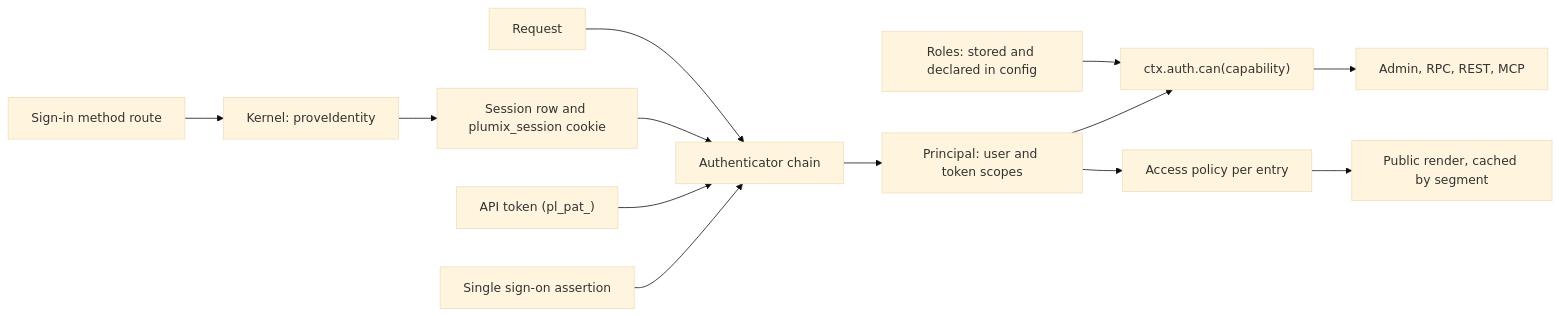
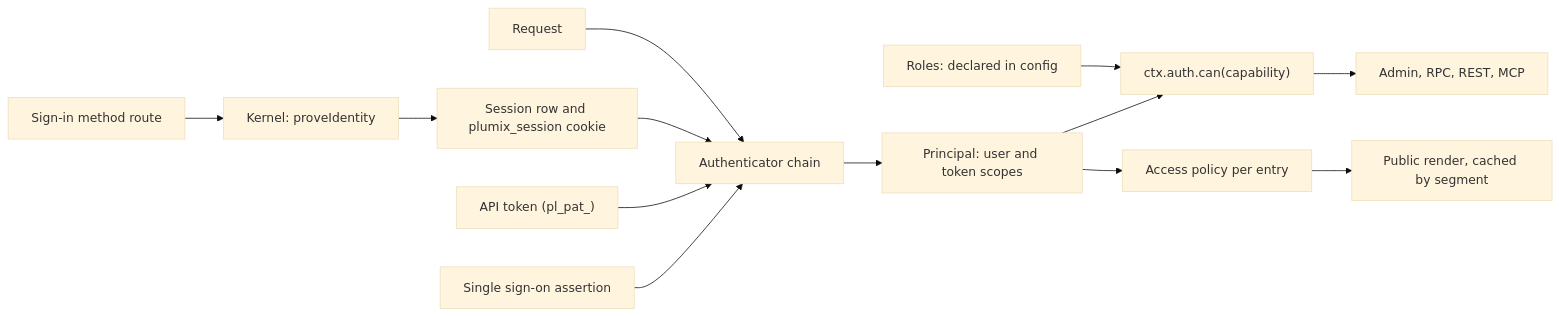
Before and after one commit to withplumix/plumix: the diagram in docs/architecture/auth-and-access.md, drawn with Mermaid (base theme). The commit also changed other lines of this file and 45 other files, not shown here.

First line of the commit message:
feat(core): let a site declare its roles in config

````diff
--- a/docs/architecture/auth-and-access.md
+++ b/docs/architecture/auth-and-access.md
@@ -7,15 +7,15 @@
 ```mermaid
 flowchart LR
   M["Sign-in method route"] --> K["Kernel: proveIdentity"]
   K --> S["Session row and plumix_session cookie"]
   REQ["Request"] --> AU["Authenticator chain"]
   S --> AU
   TOK["API token (pl_pat_)"] --> AU
   SSO["Single sign-on assertion"] --> AU
   AU --> P["Principal: user and token scopes"]
-  ROLES["Roles: stored and declared in config"] --> CAN
+  ROLES["Roles: declared in config"] --> CAN
   P --> CAN["ctx.auth.can(capability)"]
   CAN --> SURF["Admin, RPC, REST, MCP"]
   P --> POL["Access policy per entry"]
   POL --> PUB["Public render, cached by segment"]
 ```
````
